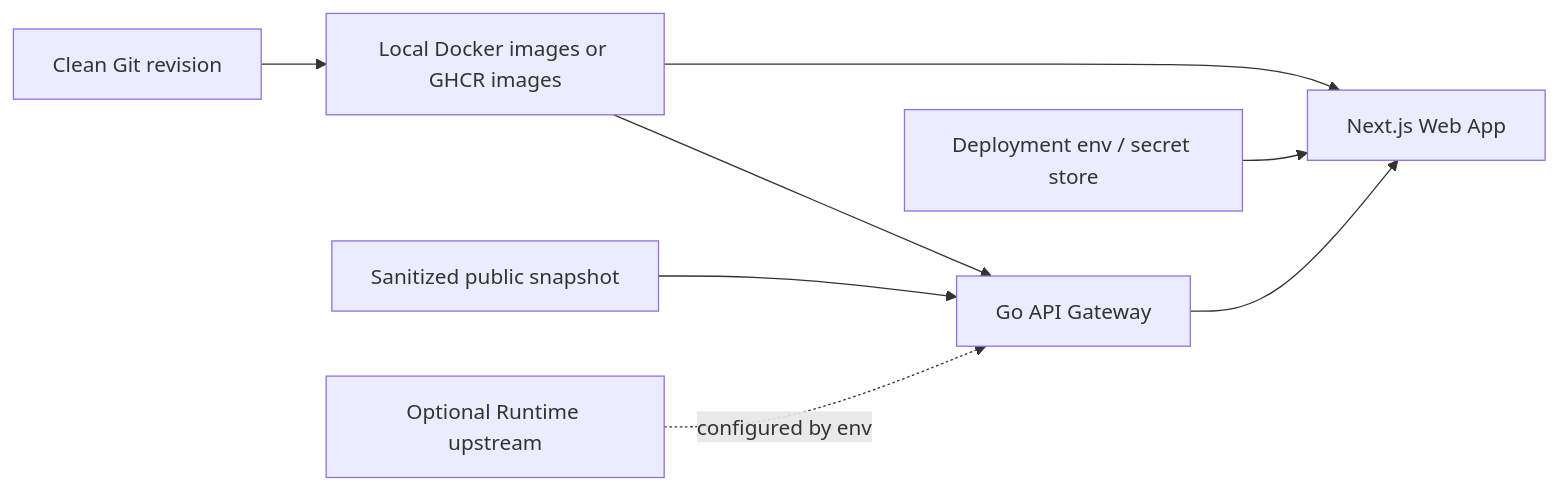
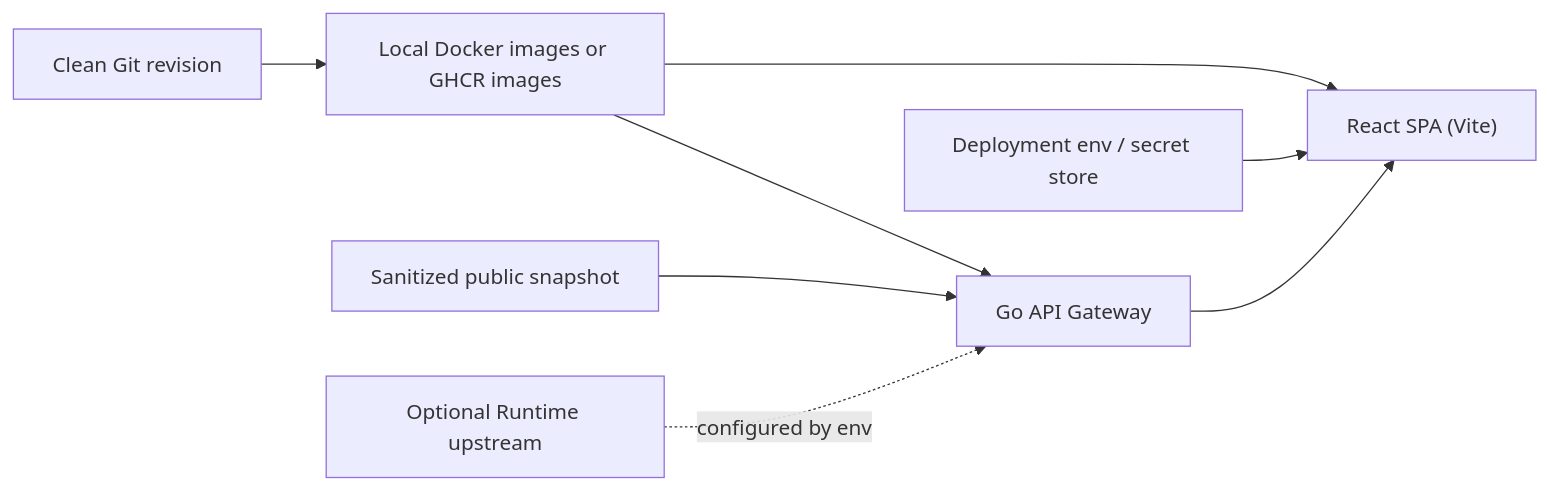
The diagram in docs/portability.md (DeliciousBuding/DiffAudit-Platform), drawn with Mermaid before and after one commit. The commit also changed 101 other files, not shown here.

First line of the commit message:
web: remove Next.js remnants — finalize Vite/React Router SPA cleanup

````diff
--- a/docs/portability.md
+++ b/docs/portability.md
@@ -19,10 +19,10 @@
 ```mermaid
 flowchart LR
   Source["Clean Git revision"] --> Images["Local Docker images or GHCR images"]
   Snapshot["Sanitized public snapshot"] --> Gateway["Go API Gateway"]
-  Env["Deployment env / secret store"] --> Web["Next.js Web App"]
+  Env["Deployment env / secret store"] --> Web["React SPA (Vite)"]
   Images --> Web
   Images --> Gateway
   Gateway --> Web
   Runtime["Optional Runtime upstream"] -. configured by env .-> Gateway
 ```
````
